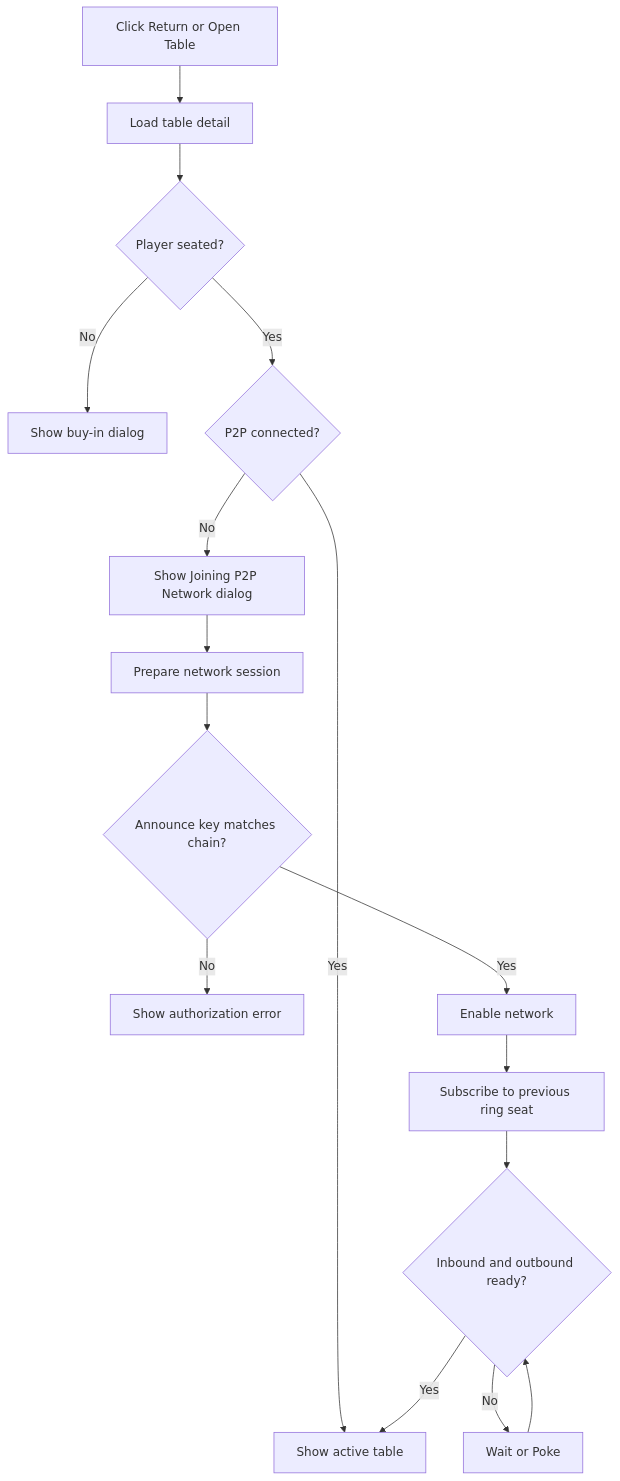
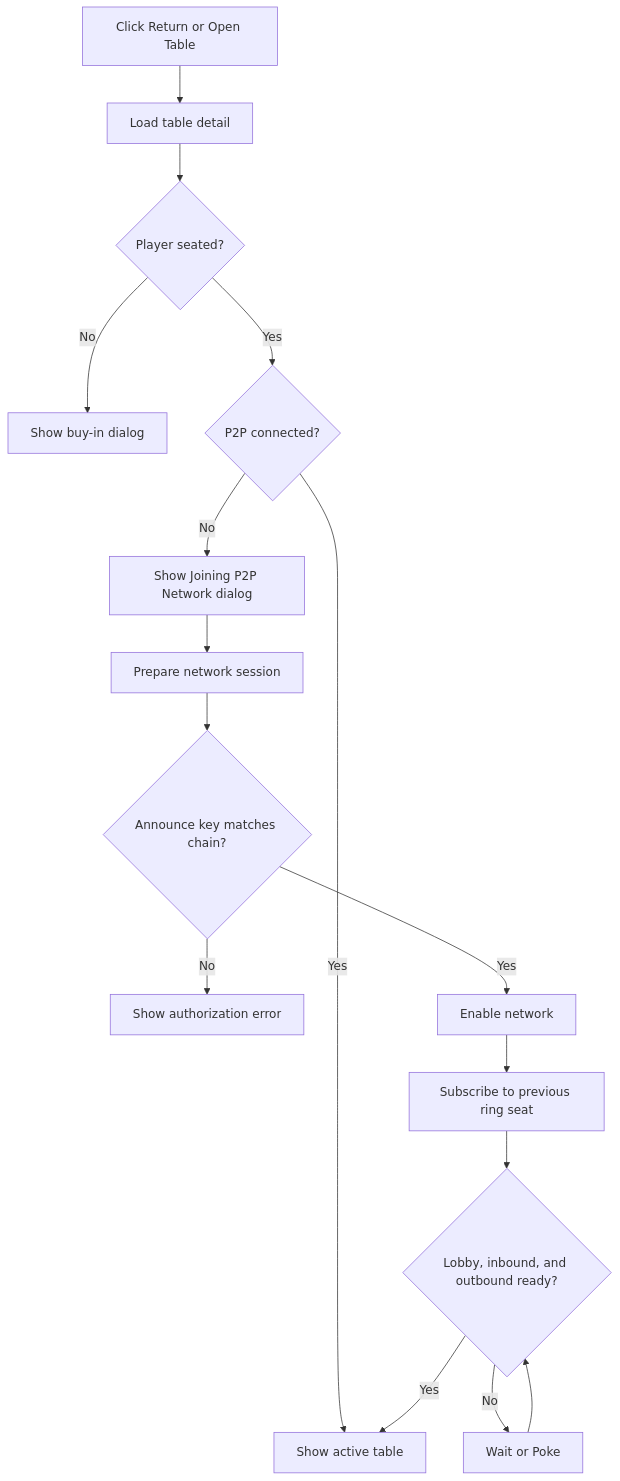
Before and after one commit to Imperfect-Protocol/private-poker-vite: the second of 2 diagrams in docs/return-to-table-flow.md, drawn with Mermaid. The commit also changed other lines of this file and 4 other files, not shown here.

````diff
--- a/docs/return-to-table-flow.md
+++ b/docs/return-to-table-flow.md
@@ -63,18 +63,18 @@
 ```mermaid
 flowchart TD
     A["Click Return or Open Table"] --> B["Load table detail"]
     B --> C{"Player seated?"}
     C -- "No" --> D["Show buy-in dialog"]
     C -- "Yes" --> E{"P2P connected?"}
     E -- "Yes" --> F["Show active table"]
     E -- "No" --> G["Show Joining P2P Network dialog"]
     G --> H["Prepare network session"]
     H --> I{"Announce key matches chain?"}
     I -- "No" --> J["Show authorization error"]
     I -- "Yes" --> K["Enable network"]
     K --> L["Subscribe to previous ring seat"]
-    L --> M{"Inbound and outbound ready?"}
+    L --> M{"Lobby, inbound, and outbound ready?"}
     M -- "No" --> N["Wait or Poke"]
     N --> M
     M -- "Yes" --> F
 ```
````
